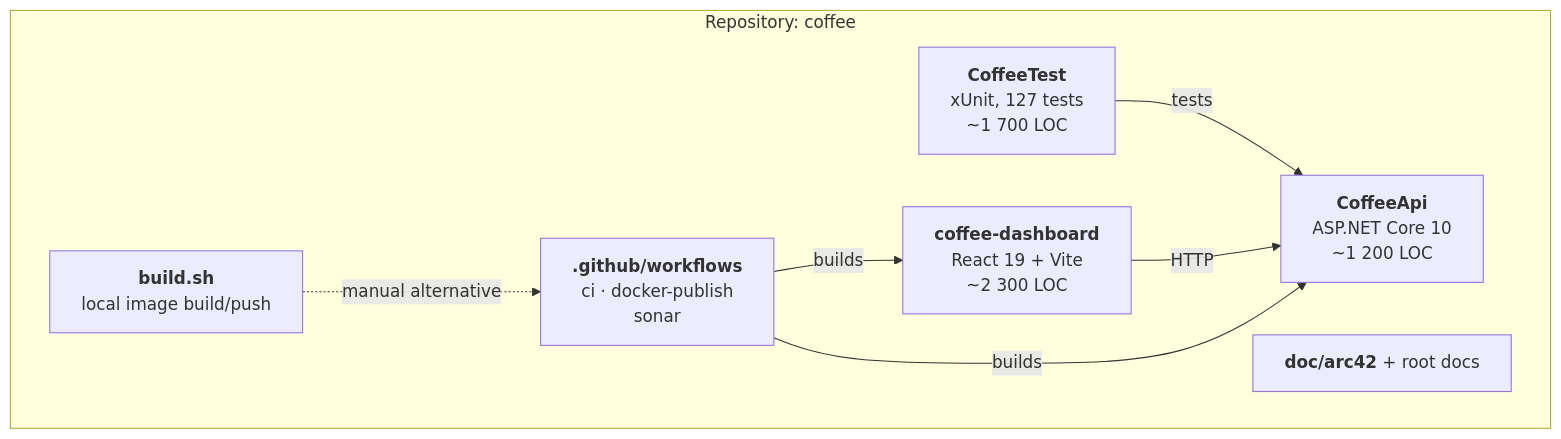
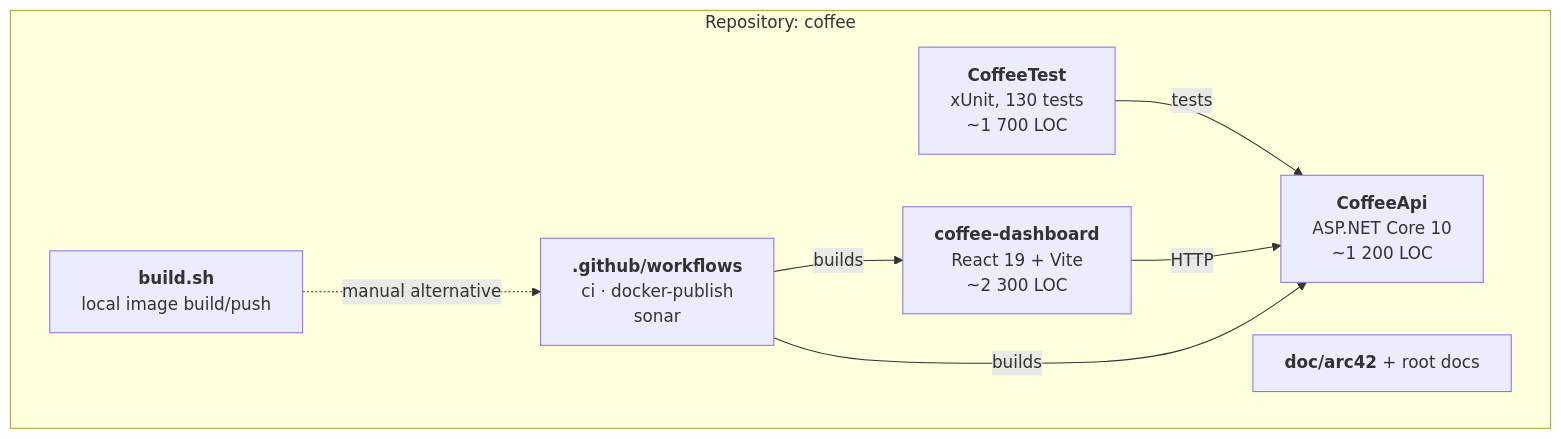
Before and after one commit to Gereon93/coffee: the first of 4 diagrams in doc/arc42/05-building-blocks.md, drawn with Mermaid. The commit also changed 5 other files, not shown here.

````diff
--- a/doc/arc42/05-building-blocks.md
+++ b/doc/arc42/05-building-blocks.md
@@ -5,17 +5,17 @@
 ```mermaid
 graph TB
     subgraph repo["Repository: coffee"]
         API["<b>CoffeeApi</b><br/>ASP.NET Core 10<br/>~1 200 LOC"]
-        TEST["<b>CoffeeTest</b><br/>xUnit, 127 tests<br/>~1 700 LOC"]
+        TEST["<b>CoffeeTest</b><br/>xUnit, 130 tests<br/>~1 700 LOC"]
         DASH["<b>coffee-dashboard</b><br/>React 19 + Vite<br/>~2 300 LOC"]
         CI["<b>.github/workflows</b><br/>ci · docker-publish<br/>sonar"]
         BUILD["<b>build.sh</b><br/>local image build/push"]
         DOC["<b>doc/arc42</b> + root docs"]
     end
 
     TEST -->|tests| API
     DASH -->|HTTP| API
     CI -->|builds| API
     CI -->|builds| DASH
     BUILD -.->|manual alternative| CI
 ```
````
